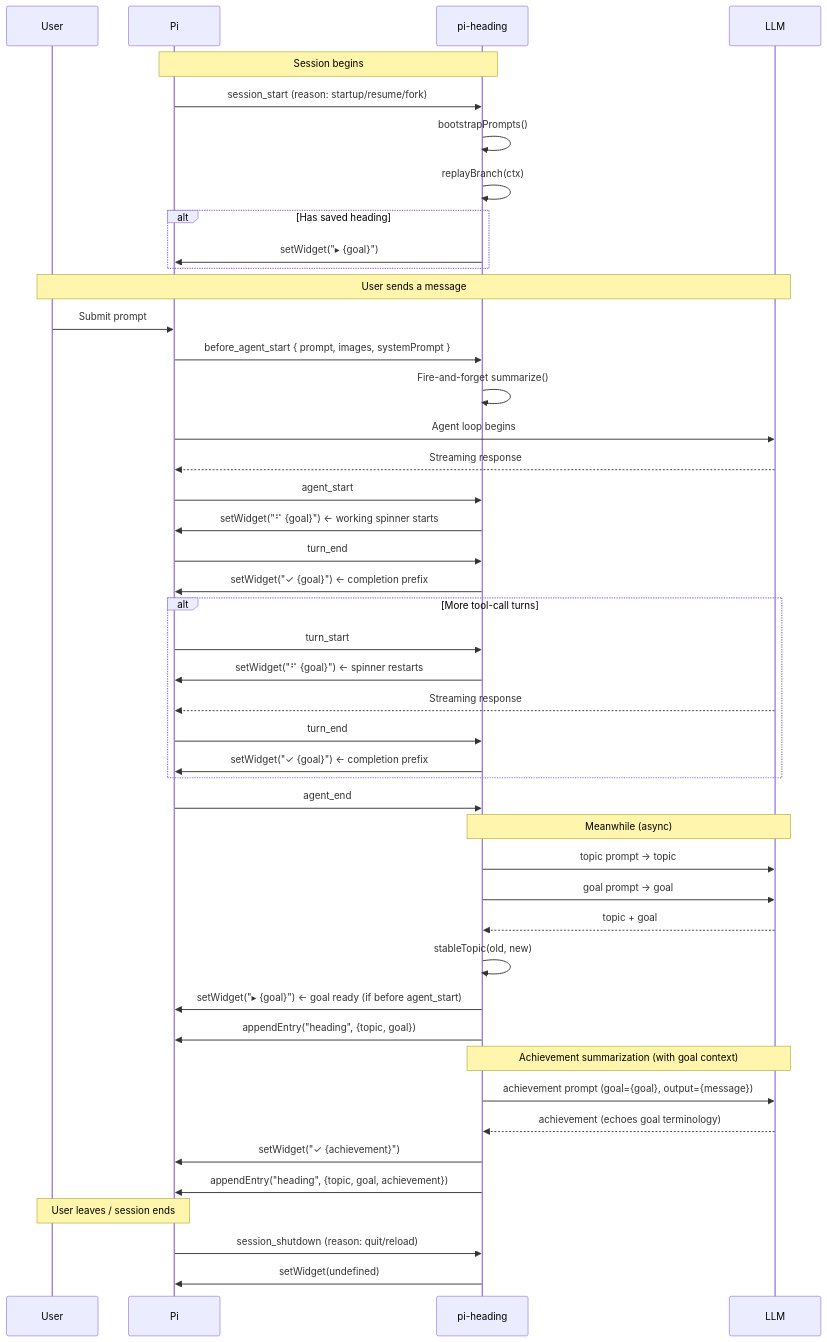
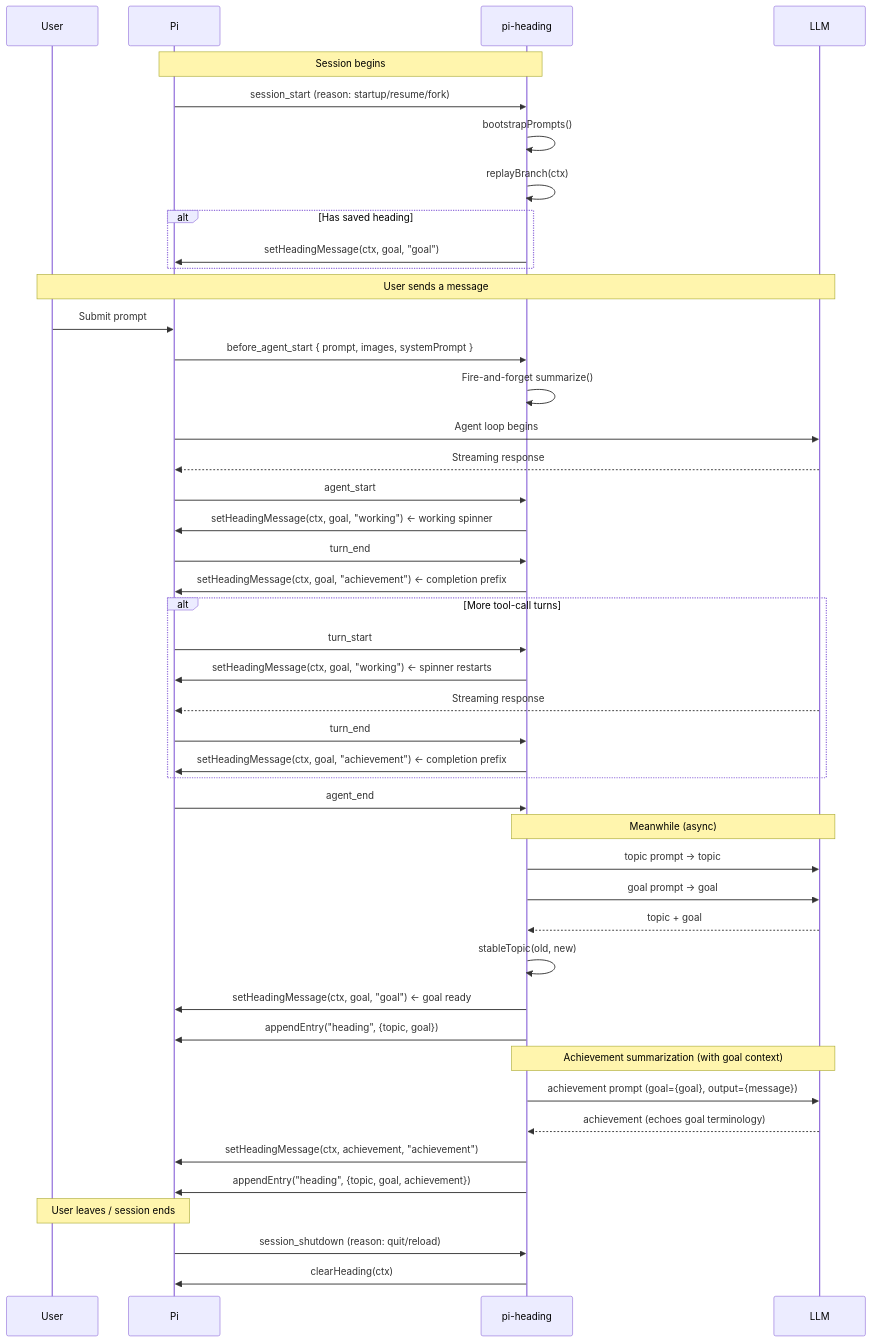
The diagram in packages/pi-heading/README.md (alexleekt/pi-extensions), drawn with Mermaid before and after one commit. The commit also changed other lines of this file and 19 other files, not shown here.

Commit message:
docs: update README architecture diagram for setWorkingMessage migration

````diff
--- a/packages/pi-heading/README.md
+++ b/packages/pi-heading/README.md
@@ -215,52 +215,52 @@
 ```mermaid
 sequenceDiagram
     participant User
     participant Pi
     participant pi_heading as pi-heading
     participant LLM
 
     Note over Pi,pi_heading: Session begins
     Pi->>pi_heading: session_start (reason: startup/resume/fork)
     pi_heading->>pi_heading: bootstrapPrompts()
     pi_heading->>pi_heading: replayBranch(ctx)
     alt Has saved heading
-        pi_heading->>Pi: setWidget("▸ {goal}")
+        pi_heading->>Pi: setHeadingMessage(ctx, goal, "goal")
     end
 
     Note over User,LLM: User sends a message
     User->>Pi: Submit prompt
     Pi->>pi_heading: before_agent_start { prompt, images, systemPrompt }
     pi_heading->>pi_heading: Fire-and-forget summarize()
     Pi->>LLM: Agent loop begins
     LLM-->>Pi: Streaming response
     Pi->>pi_heading: agent_start
-    pi_heading->>Pi: setWidget("⠋ {goal}")   ← working spinner starts
+    pi_heading->>Pi: setHeadingMessage(ctx, goal, "working")  ← working spinner
     Pi->>pi_heading: turn_end
-    pi_heading->>Pi: setWidget("✓ {goal}")  ← completion prefix
+    pi_heading->>Pi: setHeadingMessage(ctx, goal, "achievement")  ← completion prefix
     alt More tool-call turns
         Pi->>pi_heading: turn_start
-        pi_heading->>Pi: setWidget("⠋ {goal}")  ← spinner restarts
+        pi_heading->>Pi: setHeadingMessage(ctx, goal, "working")  ← spinner restarts
         LLM-->>Pi: Streaming response
         Pi->>pi_heading: turn_end
-        pi_heading->>Pi: setWidget("✓ {goal}")  ← completion prefix
+        pi_heading->>Pi: setHeadingMessage(ctx, goal, "achievement")  ← completion prefix
     end
     Pi->>pi_heading: agent_end
 
     Note over pi_heading,LLM: Meanwhile (async)
     pi_heading->>LLM: topic prompt → topic
     pi_heading->>LLM: goal prompt → goal
     LLM-->>pi_heading: topic + goal
     pi_heading->>pi_heading: stableTopic(old, new)
-    pi_heading->>Pi: setWidget("▸ {goal}")    ← goal ready (if before agent_start)
+    pi_heading->>Pi: setHeadingMessage(ctx, goal, "goal")  ← goal ready
     pi_heading->>Pi: appendEntry("heading", {topic, goal})
 
     Note over pi_heading,LLM: Achievement summarization (with goal context)
     pi_heading->>LLM: achievement prompt (goal={goal}, output={message})
     LLM-->>pi_heading: achievement (echoes goal terminology)
-    pi_heading->>Pi: setWidget("✓ {achievement}")
+    pi_heading->>Pi: setHeadingMessage(ctx, achievement, "achievement")
     pi_heading->>Pi: appendEntry("heading", {topic, goal, achievement})
 
     Note over User,Pi: User leaves / session ends
     Pi->>pi_heading: session_shutdown (reason: quit/reload)
-    pi_heading->>Pi: setWidget(undefined)
+    pi_heading->>Pi: clearHeading(ctx)
 ```
````
